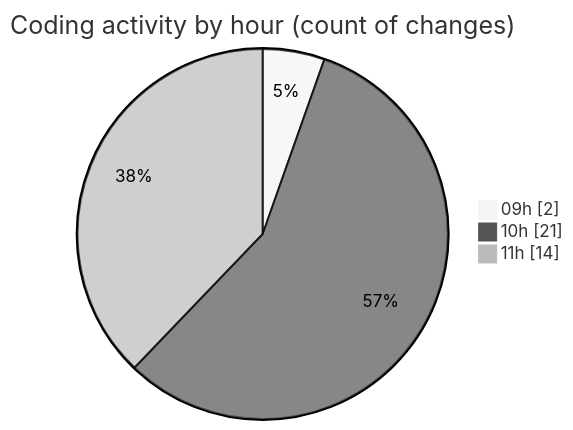
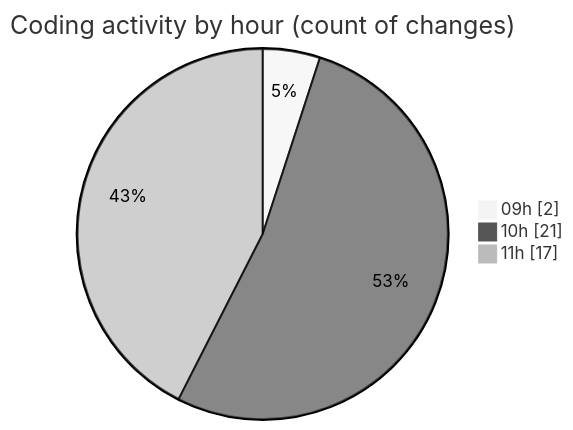
Before and after one commit to LanceThiago/code-tracking: the second of 2 diagrams in 2025-03-27/kml/README.md, drawn with Mermaid (neutral theme). The commit also changed other lines of this file and 1 other file, not shown here.

````diff
--- a/2025-03-27/kml/README.md
+++ b/2025-03-27/kml/README.md
@@ -40,7 +40,7 @@
 ```mermaid
 pie showData
 title Coding activity by hour (count of changes)
 "09h" : 2
 "10h" : 21
-"11h" : 14
+"11h" : 17
 ```
````
